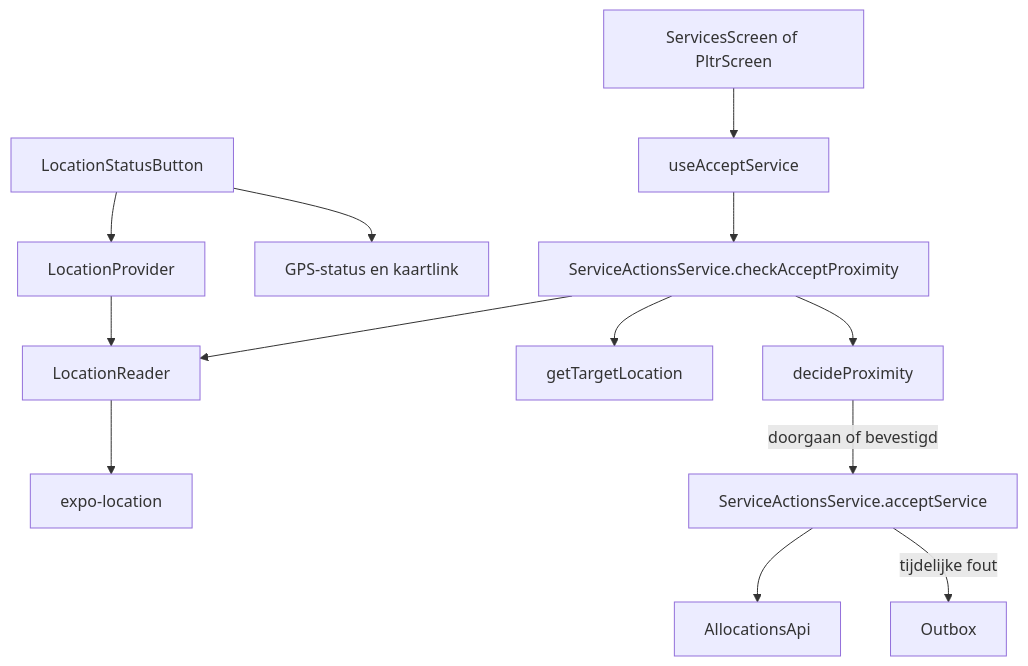
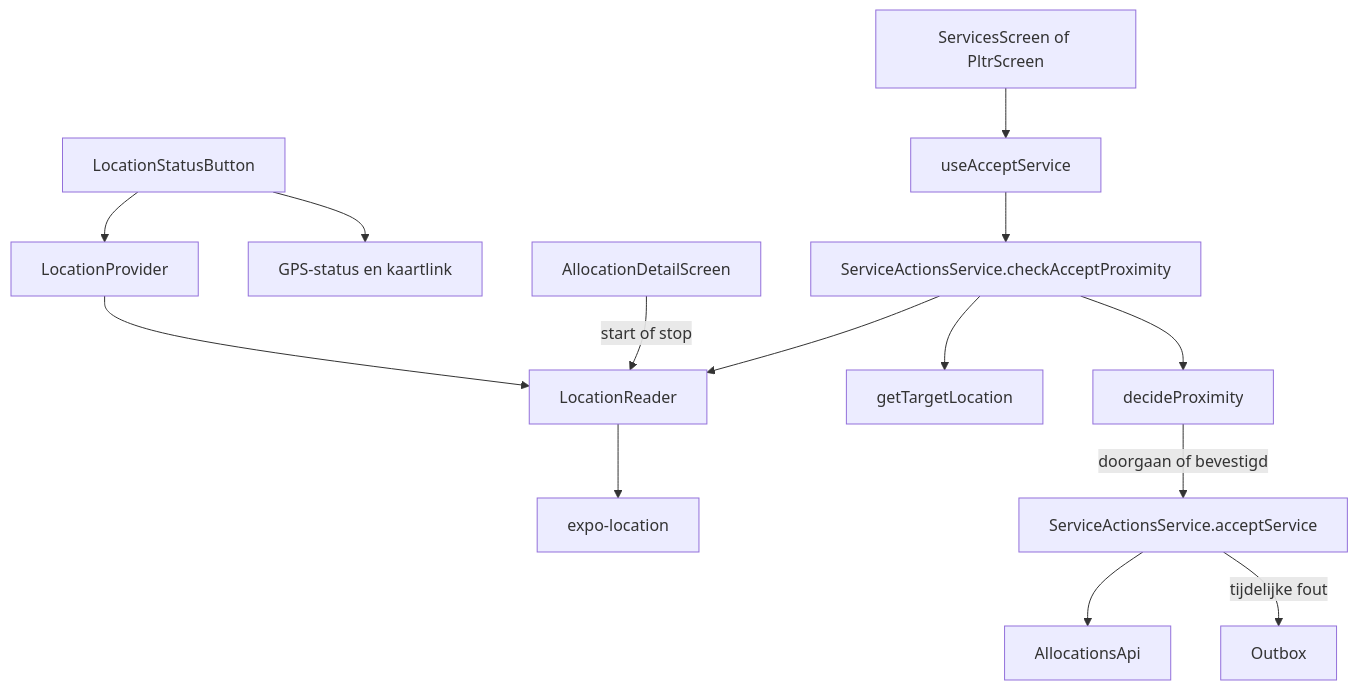
The diagram in docs/wiki/locatie.md (crfarber/vaneijck-berger-app), drawn with Mermaid before and after one commit. The commit also changed other lines of this file and 67 other files, not shown here.

````diff
--- a/docs/wiki/locatie.md
+++ b/docs/wiki/locatie.md
@@ -15,15 +15,16 @@
 ```mermaid
 flowchart TD
   A[LocationStatusButton] --> B[LocationProvider]
   B --> C[LocationReader]
   C --> D[expo-location]
   A --> E[GPS-status en kaartlink]
+  Det[AllocationDetailScreen] -->|start of stop| C
   F[ServicesScreen of PltrScreen] --> G[useAcceptService]
   G --> H[ServiceActionsService.checkAcceptProximity]
   H --> C
   H --> I[getTargetLocation]
   H --> J[decideProximity]
   J -->|doorgaan of bevestigd| K[ServiceActionsService.acceptService]
   K --> L[AllocationsApi]
   K -->|tijdelijke fout| M[Outbox]
 ```
````
